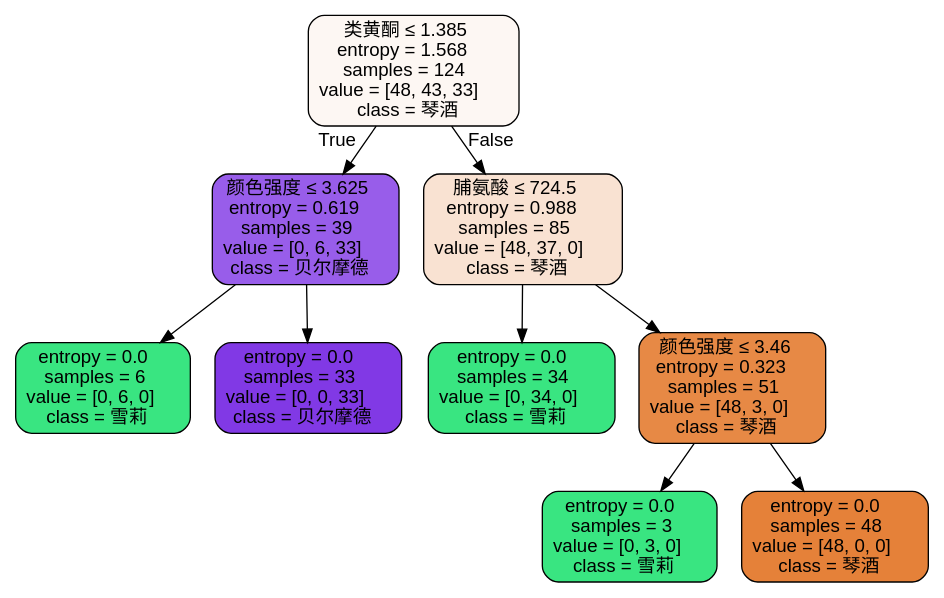
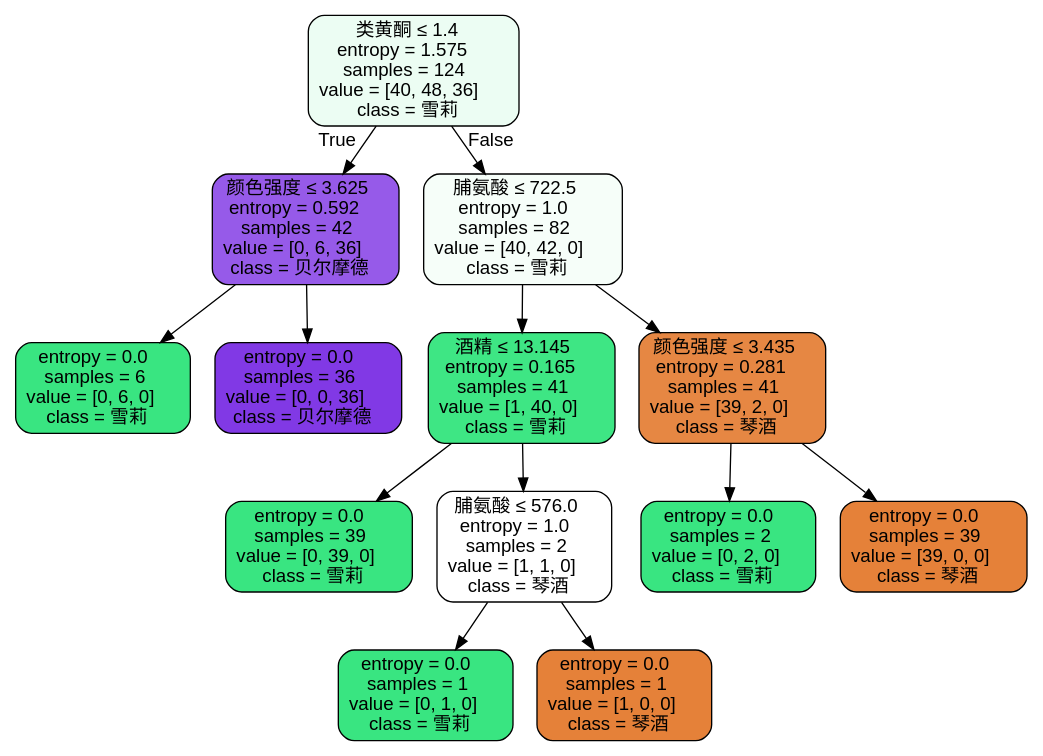
The diagram in Source.gv (besttea/BestteaPythonWork), drawn with Graphviz before and after one commit. The commit also changed 8 other files, not shown here.

```diff
--- a/Source.gv
+++ b/Source.gv
@@ -1,21 +1,29 @@
 digraph Tree {
 node [shape=box, style="filled, rounded", color="black", fontname=helvetica] ;
 edge [fontname=helvetica] ;
-0 [label=<类黄酮 &le; 1.385<br/>entropy = 1.568<br/>samples = 124<br/>value = [48, 43, 33]<br/>class = 琴酒>, fillcolor="#fdf7f3"] ;
-1 [label=<颜色强度 &le; 3.625<br/>entropy = 0.619<br/>samples = 39<br/>value = [0, 6, 33]<br/>class = 贝尔摩德>, fillcolor="#985dea"] ;
+0 [label=<类黄酮 &le; 1.4<br/>entropy = 1.575<br/>samples = 124<br/>value = [40, 48, 36]<br/>class = 雪莉>, fillcolor="#ecfdf3"] ;
+1 [label=<颜色强度 &le; 3.625<br/>entropy = 0.592<br/>samples = 42<br/>value = [0, 6, 36]<br/>class = 贝尔摩德>, fillcolor="#965ae9"] ;
 0 -> 1 [labeldistance=2.5, labelangle=45, headlabel="True"] ;
 2 [label=<entropy = 0.0<br/>samples = 6<br/>value = [0, 6, 0]<br/>class = 雪莉>, fillcolor="#39e581"] ;
 1 -> 2 ;
-3 [label=<entropy = 0.0<br/>samples = 33<br/>value = [0, 0, 33]<br/>class = 贝尔摩德>, fillcolor="#8139e5"] ;
+3 [label=<entropy = 0.0<br/>samples = 36<br/>value = [0, 0, 36]<br/>class = 贝尔摩德>, fillcolor="#8139e5"] ;
 1 -> 3 ;
-4 [label=<脯氨酸 &le; 724.5<br/>entropy = 0.988<br/>samples = 85<br/>value = [48, 37, 0]<br/>class = 琴酒>, fillcolor="#f9e2d2"] ;
+4 [label=<脯氨酸 &le; 722.5<br/>entropy = 1.0<br/>samples = 82<br/>value = [40, 42, 0]<br/>class = 雪莉>, fillcolor="#f6fef9"] ;
 0 -> 4 [labeldistance=2.5, labelangle=-45, headlabel="False"] ;
-5 [label=<entropy = 0.0<br/>samples = 34<br/>value = [0, 34, 0]<br/>class = 雪莉>, fillcolor="#39e581"] ;
+5 [label=<酒精 &le; 13.145<br/>entropy = 0.165<br/>samples = 41<br/>value = [1, 40, 0]<br/>class = 雪莉>, fillcolor="#3ee684"] ;
 4 -> 5 ;
-6 [label=<颜色强度 &le; 3.46<br/>entropy = 0.323<br/>samples = 51<br/>value = [48, 3, 0]<br/>class = 琴酒>, fillcolor="#e78945"] ;
-4 -> 6 ;
-7 [label=<entropy = 0.0<br/>samples = 3<br/>value = [0, 3, 0]<br/>class = 雪莉>, fillcolor="#39e581"] ;
-6 -> 7 ;
-8 [label=<entropy = 0.0<br/>samples = 48<br/>value = [48, 0, 0]<br/>class = 琴酒>, fillcolor="#e58139"] ;
-6 -> 8 ;
+6 [label=<entropy = 0.0<br/>samples = 39<br/>value = [0, 39, 0]<br/>class = 雪莉>, fillcolor="#39e581"] ;
+5 -> 6 ;
+7 [label=<脯氨酸 &le; 576.0<br/>entropy = 1.0<br/>samples = 2<br/>value = [1, 1, 0]<br/>class = 琴酒>, fillcolor="#ffffff"] ;
+5 -> 7 ;
+8 [label=<entropy = 0.0<br/>samples = 1<br/>value = [0, 1, 0]<br/>class = 雪莉>, fillcolor="#39e581"] ;
+7 -> 8 ;
+9 [label=<entropy = 0.0<br/>samples = 1<br/>value = [1, 0, 0]<br/>class = 琴酒>, fillcolor="#e58139"] ;
+7 -> 9 ;
+10 [label=<颜色强度 &le; 3.435<br/>entropy = 0.281<br/>samples = 41<br/>value = [39, 2, 0]<br/>class = 琴酒>, fillcolor="#e68743"] ;
+4 -> 10 ;
+11 [label=<entropy = 0.0<br/>samples = 2<br/>value = [0, 2, 0]<br/>class = 雪莉>, fillcolor="#39e581"] ;
+10 -> 11 ;
+12 [label=<entropy = 0.0<br/>samples = 39<br/>value = [39, 0, 0]<br/>class = 琴酒>, fillcolor="#e58139"] ;
+10 -> 12 ;
 }
```
